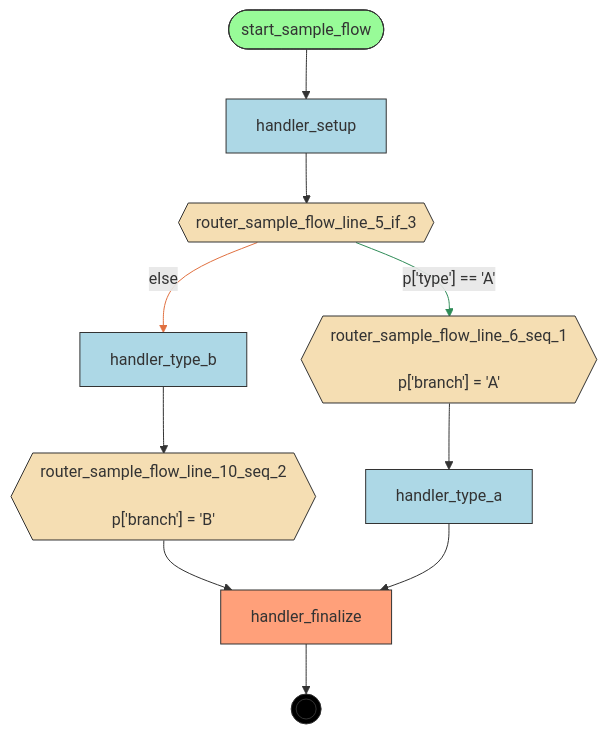
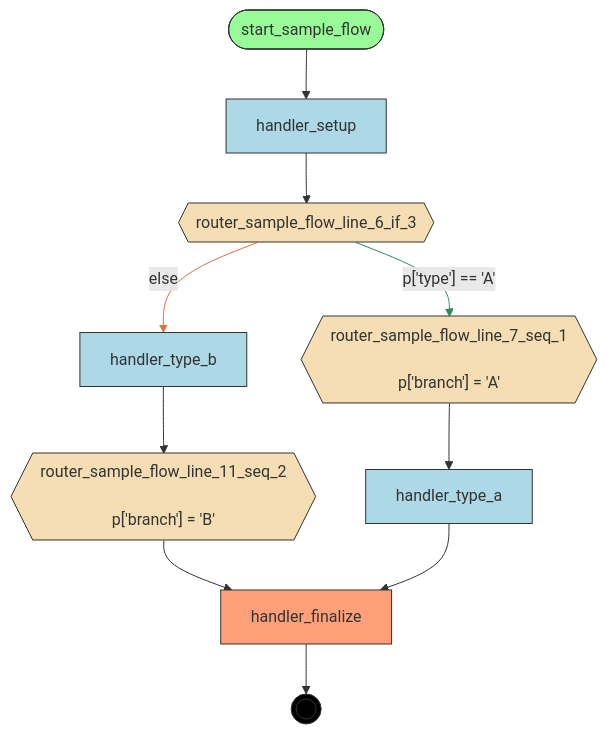
Before and after one commit to deliveryhero/asya: the diagram in examples/flows/compiled/sample_flow/flow.mmd, drawn with Mermaid. The commit also changed 18 other files, not shown here.

```diff
--- a/examples/flows/compiled/sample_flow/flow.mmd
+++ b/examples/flows/compiled/sample_flow/flow.mmd
@@ -1,35 +1,35 @@
 flowchart TD
     %% Flow: sample_flow
 
     handler_finalize[handler_finalize]
     handler_setup[handler_setup]
     handler_type_a[handler_type_a]
     handler_type_b[handler_type_b]
-    router_sample_flow_line_10_seq_2{{"router_sample_flow_line_10_seq_2<br/><br/>p['branch'] = 'B'"}}
-    router_sample_flow_line_5_if_3{{router_sample_flow_line_5_if_3}}
-    router_sample_flow_line_6_seq_1{{"router_sample_flow_line_6_seq_1<br/><br/>p['branch'] = 'A'"}}
+    router_sample_flow_line_11_seq_2{{"router_sample_flow_line_11_seq_2<br/><br/>p['branch'] = 'B'"}}
+    router_sample_flow_line_6_if_3{{router_sample_flow_line_6_if_3}}
+    router_sample_flow_line_7_seq_1{{"router_sample_flow_line_7_seq_1<br/><br/>p['branch'] = 'A'"}}
     start_sample_flow([start_sample_flow])
     __end__((( )))
 
     start_sample_flow --> handler_setup
-    handler_setup --> router_sample_flow_line_5_if_3
-    router_sample_flow_line_6_seq_1 --> handler_type_a
-    router_sample_flow_line_5_if_3 -->|"p['type'] == 'A'"| router_sample_flow_line_6_seq_1
-    router_sample_flow_line_5_if_3 -->|"else"| handler_type_b
-    handler_type_b --> router_sample_flow_line_10_seq_2
-    router_sample_flow_line_10_seq_2 --> handler_finalize
+    handler_setup --> router_sample_flow_line_6_if_3
+    router_sample_flow_line_7_seq_1 --> handler_type_a
+    router_sample_flow_line_6_if_3 -->|"p['type'] == 'A'"| router_sample_flow_line_7_seq_1
+    router_sample_flow_line_6_if_3 -->|"else"| handler_type_b
+    handler_type_b --> router_sample_flow_line_11_seq_2
+    router_sample_flow_line_11_seq_2 --> handler_finalize
     handler_type_a --> handler_finalize
     handler_finalize --> __end__
 
     classDef start fill:#98FB98,stroke:#333
     classDef endnode fill:#FFA07A,stroke:#333
     classDef router fill:#F5DEB3,stroke:#333
     classDef handler fill:#ADD8E6,stroke:#333
     classDef endpoint fill:#000,stroke:#333,color:#fff
     class start_sample_flow start
     class handler_finalize endnode
-    class router_sample_flow_line_10_seq_2,router_sample_flow_line_5_if_3,router_sample_flow_line_6_seq_1 router
+    class router_sample_flow_line_11_seq_2,router_sample_flow_line_6_if_3,router_sample_flow_line_7_seq_1 router
     class handler_setup,handler_type_a,handler_type_b handler
     class __end__ endpoint
     linkStyle 3 stroke:#2E8B57
     linkStyle 4 stroke:#E07040
```
